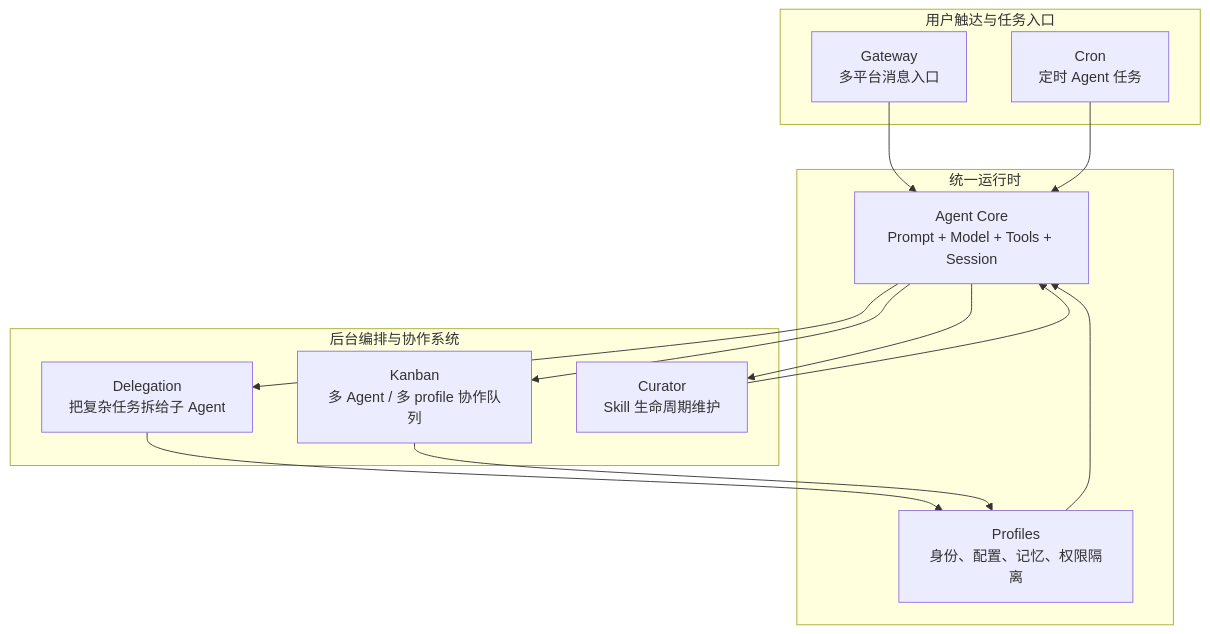
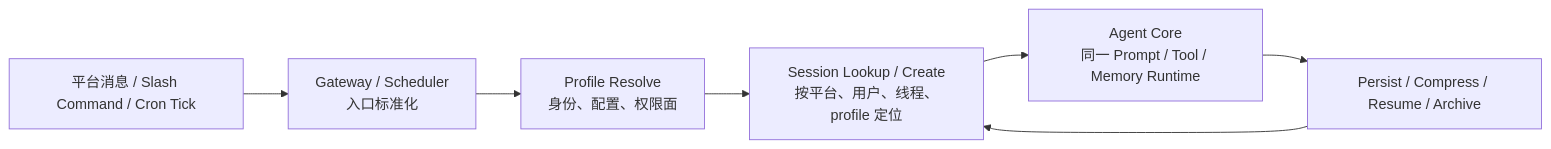
One commit to wxquare/wxquare.github.io changed the sixth of 6 diagrams in books/ai-book/src/part3/05-hermes-agent-architecture.md. Above: the diagram before and after it, drawn with Mermaid. The commit also changed other lines of this file and 60 other files, not shown here.

````diff
--- a/books/ai-book/src/part3/05-hermes-agent-architecture.md
+++ b/books/ai-book/src/part3/05-hermes-agent-architecture.md
@@ -860,28 +834,9 @@
 ```mermaid
-flowchart TB
-    subgraph Entry["用户触达与任务入口"]
-        Gateway["Gateway\n多平台消息入口"]
-        Cron["Cron\n定时 Agent 任务"]
-    end
-
-    subgraph Runtime["统一运行时"]
-        Core["Agent Core\nPrompt + Model + Tools + Session"]
-        Profiles["Profiles\n身份、配置、记忆、权限隔离"]
-    end
-
-    subgraph Orchestration["后台编排与协作系统"]
-        Delegation["Delegation\n把复杂任务拆给子 Agent"]
-        Kanban["Kanban\n多 Agent / 多 profile 协作队列"]
-        Curator["Curator\nSkill 生命周期维护"]
-    end
-
-    Gateway --> Core
-    Cron --> Core
-    Profiles --> Core
-    Core --> Delegation
-    Core --> Curator
-    Core --> Kanban
-    Delegation --> Profiles
-    Kanban --> Profiles
-    Curator --> Core
+flowchart LR
+    E["平台消息 / Slash Command / Cron Tick"] --> G["Gateway / Scheduler<br/>入口标准化"]
+    G --> P["Profile Resolve<br/>身份、配置、权限面"]
+    P --> S["Session Lookup / Create<br/>按平台、用户、线程、profile 定位"]
+    S --> C["Agent Core<br/>同一 Prompt / Tool / Memory Runtime"]
+    C --> W["Persist / Compress / Resume / Archive"]
+    W --> S
 ```
````
